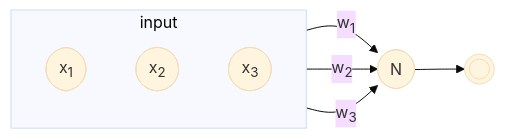
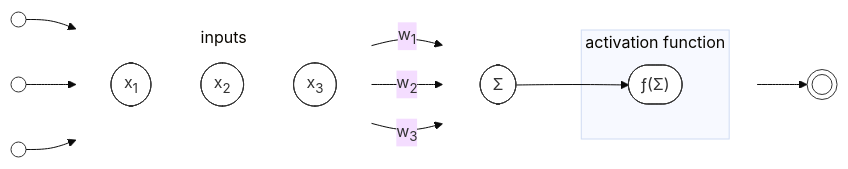
The diagram in docs/ann/perceptron.md (Insper/ann-dl), drawn with Mermaid (base theme) before and after one commit. The commit also changed 1 other file, not shown here.

Commit message:
perceptron diagram/xor-problem

````diff
--- a/docs/ann/perceptron.md
+++ b/docs/ann/perceptron.md
@@ -41,14 +41,27 @@
 ``` mermaid
 flowchart LR
-    subgraph input
+    classDef default fill:#fff,stroke:#333,stroke-width:1px;
+    subgraph input["inputs"]
         direction TB
         x1(["x<sub>1</sub>"])
         x2(["x<sub>2</sub>"])
         x3(["x<sub>3</sub>"])
     end
-    x1 -->|"w<sub>1</sub>"| N
-    x2 -->|"w<sub>2</sub>"| N
-    x3 -->|"w<sub>3</sub>"| N
-    N(["N"])
-    N --> out1@{ shape: dbl-circ, label: " " }
+    subgraph output[" "]
+        direction LR
+        S(["Σ"])
+        subgraph af["activation function"]
+            f(["ƒ(Σ)"])
+        end
+    end
+    in1@{ shape: circle, label: " " } --> x1
+    in2@{ shape: circle, label: " " } --> x2
+    in3@{ shape: circle, label: " " } --> x3
+    x1 -->|"w<sub>1</sub>"| S
+    x2 -->|"w<sub>2</sub>"| S
+    x3 -->|"w<sub>3</sub>"| S
+    S --> f
+    f --> out1@{ shape: dbl-circ, label: " " }
+    style input fill:#fff,stroke:#fff,stroke-width:0px
+    style output fill:#fff,stroke:#fff,stroke-width:0px
 ```
````
